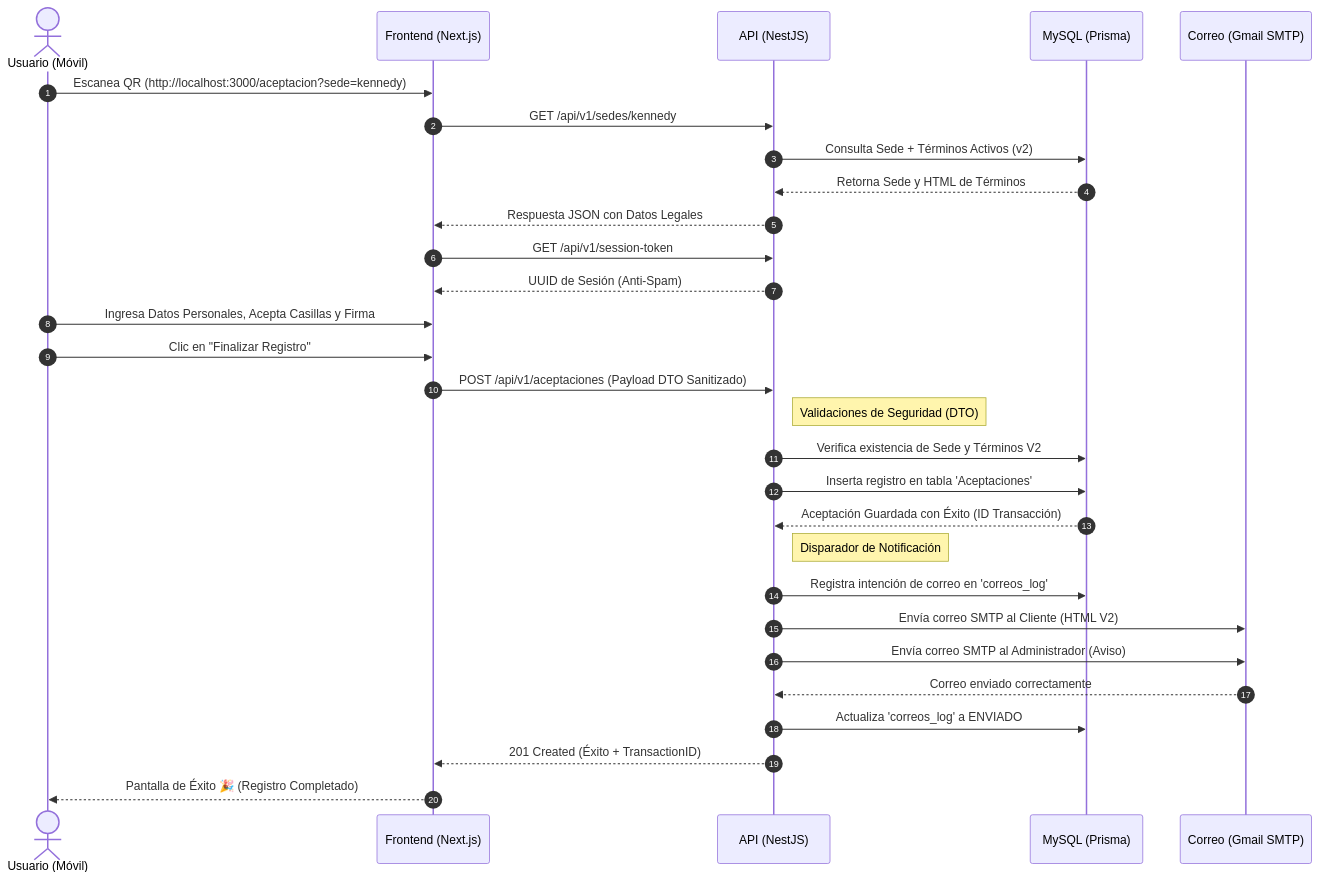
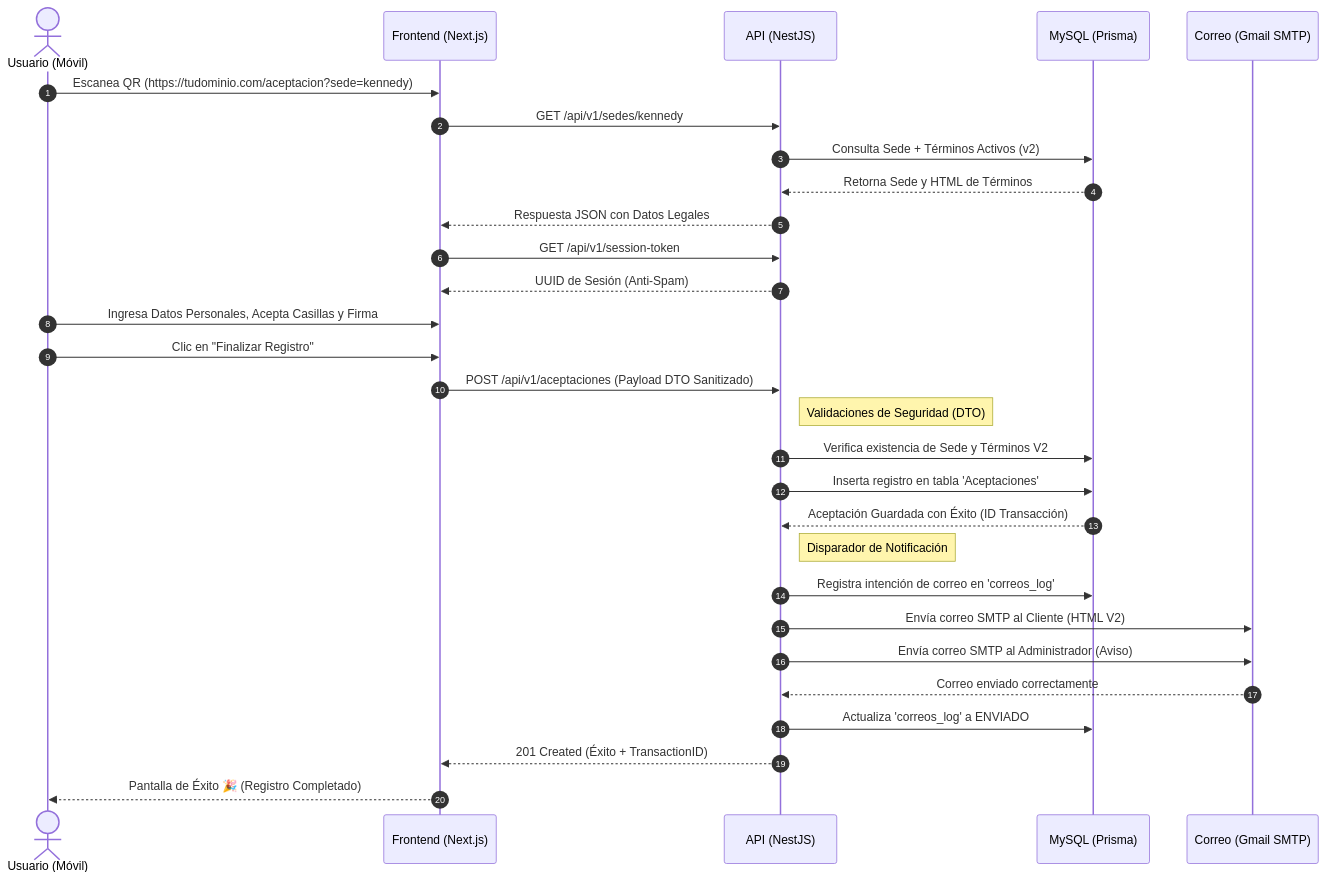
One commit to Jahrming/FIT-EVOLUTION changed the second of 4 diagrams in docs/ARQUITECTURA_Y_DIAGRAMAS.md. Above: the diagram before and after it, drawn with Mermaid. The commit also changed 37 other files, not shown here.

First line of the commit message:
Add Gmail email flow, medical field & envs

````diff
--- a/docs/ARQUITECTURA_Y_DIAGRAMAS.md
+++ b/docs/ARQUITECTURA_Y_DIAGRAMAS.md
@@ -38,38 +38,38 @@
 ```mermaid
 sequenceDiagram
     autonumber
     actor U as Usuario (Móvil)
     participant F as Frontend (Next.js)
     participant B as API (NestJS)
     participant DB as MySQL (Prisma)
     participant M as Correo (Gmail SMTP)
 
-    U->>F: Escanea QR (http://localhost:3000/aceptacion?sede=kennedy)
+    U->>F: Escanea QR (https://tudominio.com/aceptacion?sede=kennedy)
     F->>B: GET /api/v1/sedes/kennedy
     B->>DB: Consulta Sede + Términos Activos (v2)
     DB-->>B: Retorna Sede y HTML de Términos
     B-->>F: Respuesta JSON con Datos Legales
     
     F->>B: GET /api/v1/session-token
     B-->>F: UUID de Sesión (Anti-Spam)
     
     U->>F: Ingresa Datos Personales, Acepta Casillas y Firma
     U->>F: Clic en "Finalizar Registro"
     
     F->>B: POST /api/v1/aceptaciones (Payload DTO Sanitizado)
     
     note right of B: Validaciones de Seguridad (DTO)
     B->>DB: Verifica existencia de Sede y Términos V2
     B->>DB: Inserta registro en tabla 'Aceptaciones'
     DB-->>B: Aceptación Guardada con Éxito (ID Transacción)
     
     note right of B: Disparador de Notificación
     B->>DB: Registra intención de correo en 'correos_log'
     B->>M: Envía correo SMTP al Cliente (HTML V2)
     B->>M: Envía correo SMTP al Administrador (Aviso)
     M-->>B: Correo enviado correctamente
     B->>DB: Actualiza 'correos_log' a ENVIADO
     
     B-->>F: 201 Created (Éxito + TransactionID)
     F-->>U: Pantalla de Éxito 🎉 (Registro Completado)
 ```
````
